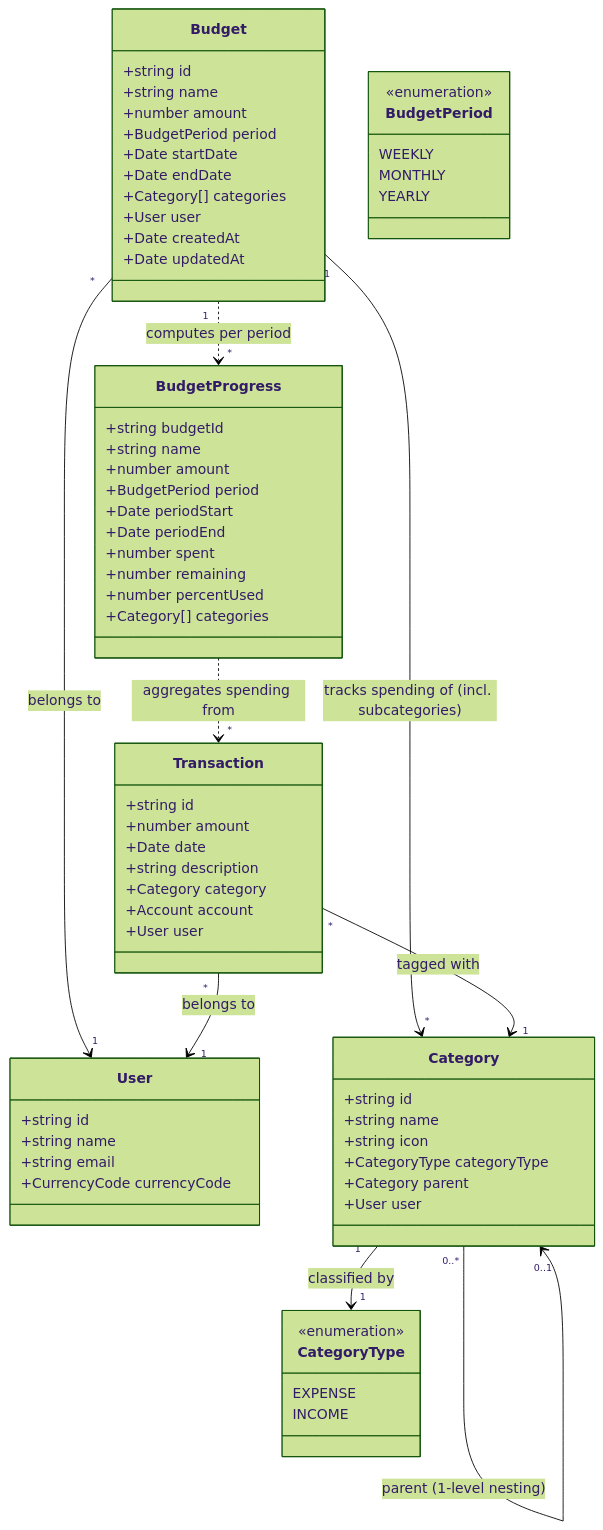
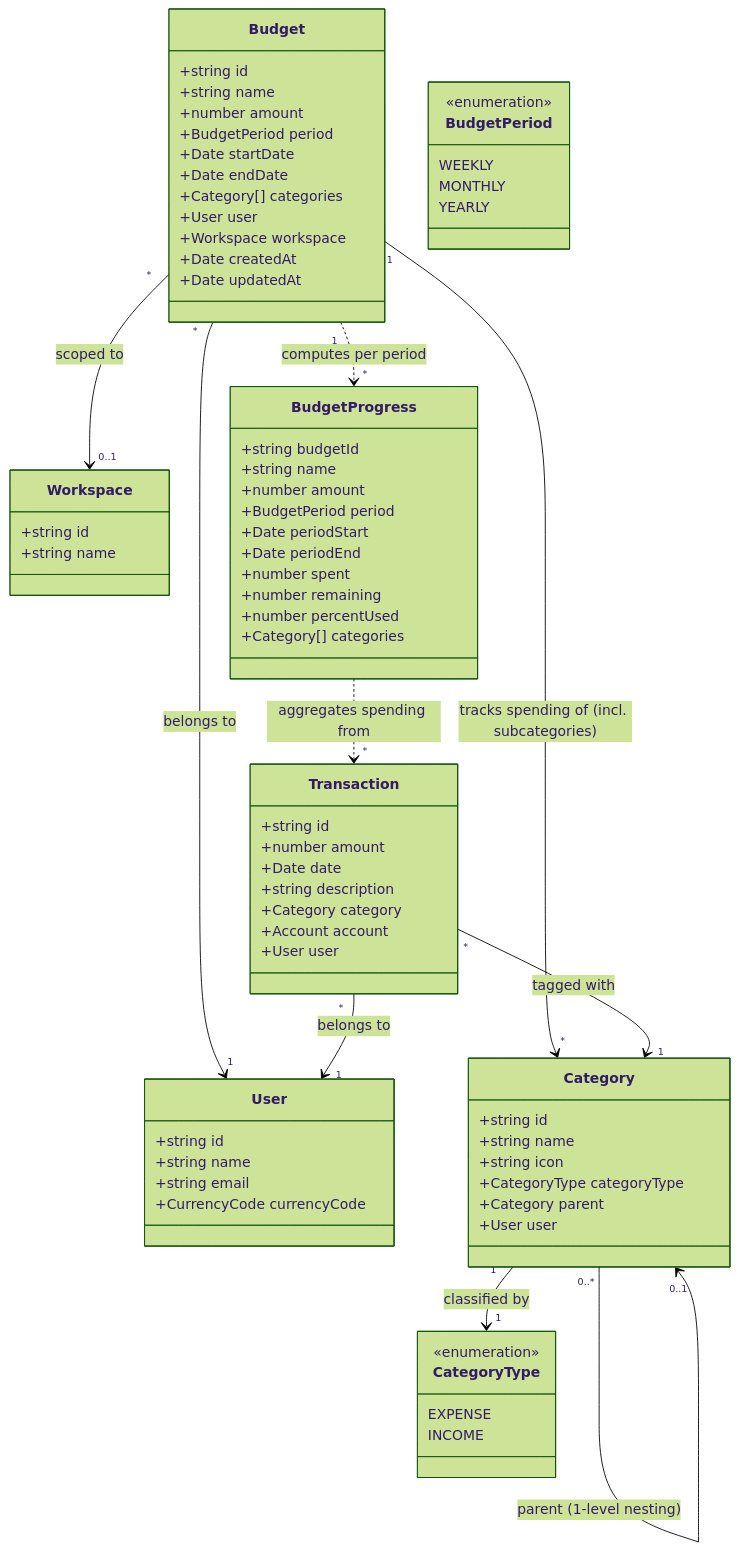
Before and after one commit to acastillo9/budget: the diagram in budget-api/docs/class-diagram.budgets-design.md, drawn with Mermaid (forest theme). The commit also changed 86 other files, not shown here.

```diff
--- a/budget-api/docs/class-diagram.budgets-design.md
+++ b/budget-api/docs/class-diagram.budgets-design.md
@@ -12,6 +12,11 @@
         +string name
         +string email
         +CurrencyCode currencyCode
+    }
+
+    class Workspace {
+        +string id
+        +string name
     }
 
     class Category {
@@ -52,6 +57,7 @@
         +Date endDate
         +Category[] categories
         +User user
+        +Workspace workspace
         +Date createdAt
         +Date updatedAt
     }
@@ -90,6 +96,7 @@
 
     Budget "1" --> "*" Category : tracks spending of (incl. subcategories)
     Budget "*" --> "1" User : belongs to
+    Budget "*" --> "0..1" Workspace : scoped to
     Category "1" --> "1" CategoryType : classified by
     Category "0..*" --> "0..1" Category : parent (1-level nesting)
     Transaction "*" --> "1" Category : tagged with
```
